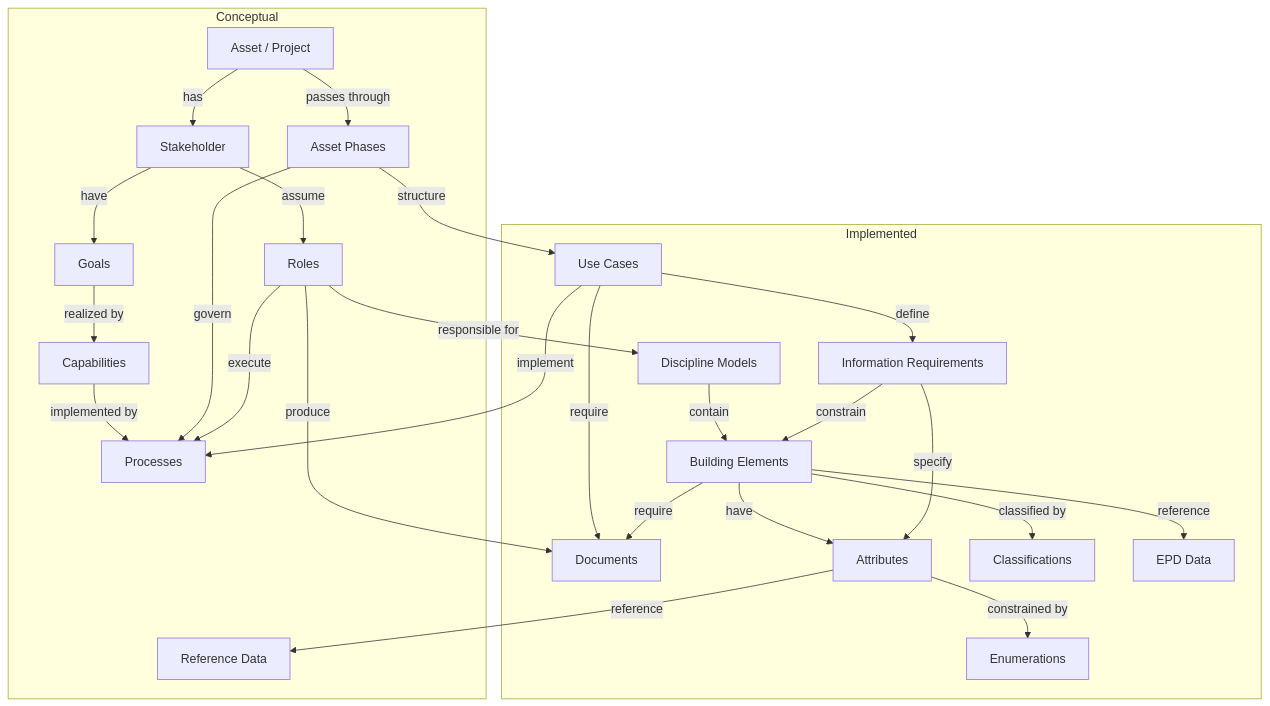
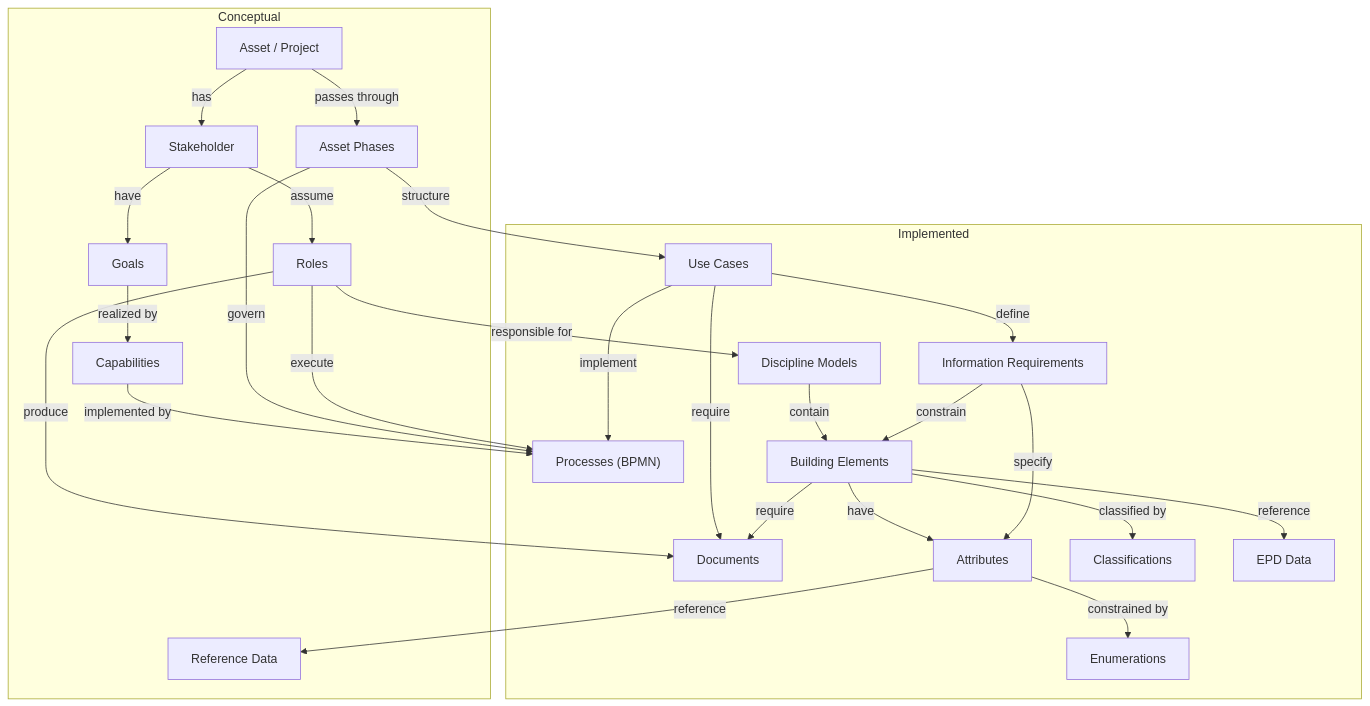
One commit to bbl-dres/kbob-fdk changed the second of 2 diagrams in README.md. Above: the diagram before and after it, drawn with Mermaid. The commit also changed other lines of this file, not shown here.

Commit message:
Move Processes to Implemented section with BPMN reference
Processes are implemented as 30 BPMN diagrams in assets/bpmn/.
Updated both Mermaid diagrams and Entities table to reflect this.

````diff
--- a/README.md
+++ b/README.md
@@ -113,40 +114,41 @@
 ```mermaid
 flowchart TB
     subgraph Conceptual
         STAKEHOLDER["Stakeholder"] -- have --> GOALS["Goals"]
         STAKEHOLDER -- assume --> ROLES["Roles"]
         PROJECT["Asset / Project"] -- has --> STAKEHOLDER
         PROJECT -- passes through --> PHASES["Asset Phases"]
         GOALS -- realized by --> CAPABILITIES["Capabilities"]
-        CAPABILITIES -- implemented by --> PROCESSES["Processes"]
-        PHASES -- govern --> PROCESSES
-        ROLES -- execute --> PROCESSES
         REFDATA["Reference Data"]
     end
     subgraph Implemented
         USECASES["Use Cases"]
+        PROCESSES["Processes (BPMN)"]
         MODELS["Discipline Models"]
         DOCUMENTS["Documents"]
         ELEMENTS["Building Elements"]
         LOIN["Information Requirements"]
         ATTRIBUTES["Attributes"]
         CLASSIFICATIONS["Classifications"]
         EPDS["EPD Data"]
         ENUMERATIONS["Enumerations"]
     end
+    CAPABILITIES -- implemented by --> PROCESSES
+    PHASES -- govern --> PROCESSES
+    ROLES -- execute --> PROCESSES
     USECASES -- implement --> PROCESSES
     PHASES -- structure --> USECASES
     ROLES -- responsible for --> MODELS
     ROLES -- produce --> DOCUMENTS
     USECASES -- define --> LOIN
     USECASES -- require --> DOCUMENTS
     MODELS -- contain --> ELEMENTS
     LOIN -- constrain --> ELEMENTS
     ELEMENTS -- have --> ATTRIBUTES
     LOIN -- specify --> ATTRIBUTES
     ELEMENTS -- classified by --> CLASSIFICATIONS
     ELEMENTS -- reference --> EPDS
     ATTRIBUTES -- constrained by --> ENUMERATIONS
     ATTRIBUTES -- reference --> REFDATA
     ELEMENTS -- require --> DOCUMENTS
 ```
````
